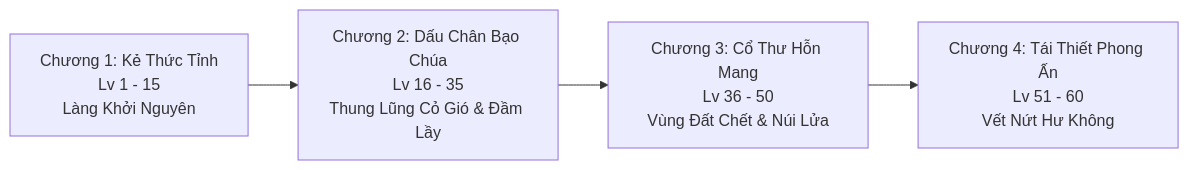
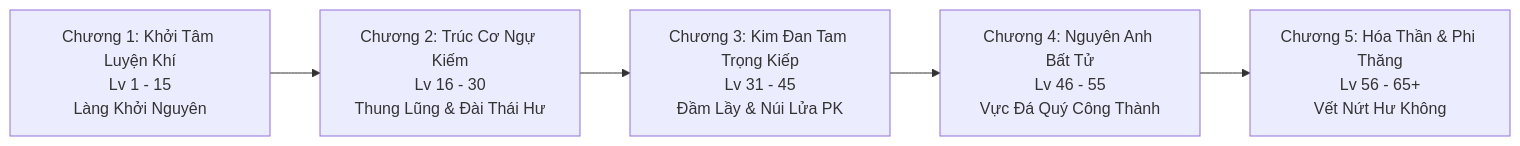
The first of 2 diagrams in Documents/GAME_DESIGN_DOCUMENT_AND_GRAPHICS_ANALYSIS.md (dajunctic/Echoes-of-Genesis), drawn with Mermaid before and after one commit. The commit also changed other lines of this file and 6 other files, not shown here.

````diff
--- a/Documents/GAME_DESIGN_DOCUMENT_AND_GRAPHICS_ANALYSIS.md
+++ b/Documents/GAME_DESIGN_DOCUMENT_AND_GRAPHICS_ANALYSIS.md
@@ -57,6 +47,7 @@
 ```mermaid
 graph LR
-    C1[Chương 1: Kẻ Thức Tỉnh<br>Lv 1 - 15<br>Làng Khởi Nguyên] --> C2[Chương 2: Dấu Chân Bạo Chúa<br>Lv 16 - 35<br>Thung Lũng Cỏ Gió & Đầm Lầy]
-    C2 --> C3[Chương 3: Cổ Thư Hỗn Mang<br>Lv 36 - 50<br>Vùng Đất Chết & Núi Lửa]
-    C3 --> C4[Chương 4: Tái Thiết Phong Ấn<br>Lv 51 - 60<br>Vết Nứt Hư Không]
+    C1[Chương 1: Khởi Tâm Luyện Khí<br>Lv 1 - 15<br>Làng Khởi Nguyên] --> C2[Chương 2: Trúc Cơ Ngự Kiếm<br>Lv 16 - 30<br>Thung Lũng & Đài Thái Hư]
+    C2 --> C3[Chương 3: Kim Đan Tam Trọng Kiếp<br>Lv 31 - 45<br>Đầm Lầy & Núi Lửa PK]
+    C3 --> C4[Chương 4: Nguyên Anh Bất Tử<br>Lv 46 - 55<br>Vực Đá Quý Công Thành]
+    C4 --> C5[Chương 5: Hóa Thần & Phi Thăng<br>Lv 56 - 65+<br>Vết Nứt Hư Không]
 ```
````
